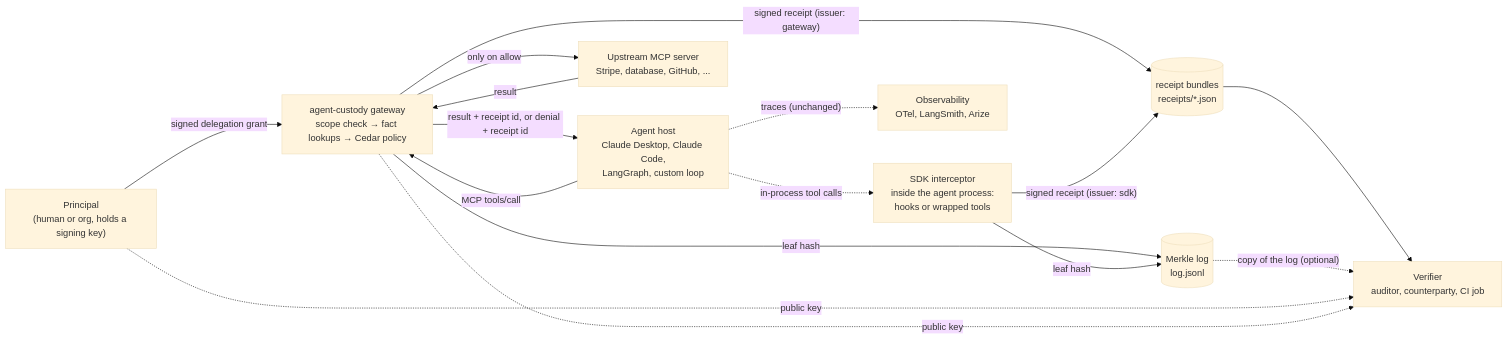
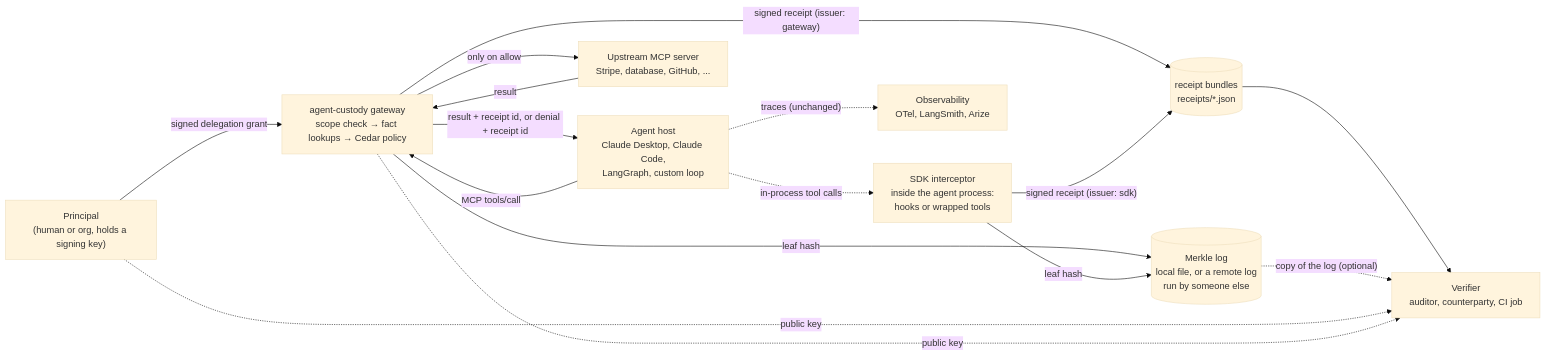
Before and after one commit to ch4r10t33r/agent-custody: the first of 3 diagrams in packages/receipts/README.md, drawn with Mermaid (base theme). The commit also changed other lines of this file and 24 other files, not shown here.

````diff
--- a/packages/receipts/README.md
+++ b/packages/receipts/README.md
@@ -51,28 +51,28 @@
 ```mermaid
 flowchart LR
     P["Principal<br/>(human or org, holds a signing key)"]
     A["Agent host<br/>Claude Desktop, Claude Code,<br/>LangGraph, custom loop"]
     S["SDK interceptor<br/>inside the agent process:<br/>hooks or wrapped tools"]
     G["agent-custody gateway<br/>scope check → fact lookups → Cedar policy"]
     U["Upstream MCP server<br/>Stripe, database, GitHub, ..."]
     R[("receipt bundles<br/>receipts/*.json")]
-    L[("Merkle log<br/>log.jsonl")]
+    L[("Merkle log<br/>local file, or a remote log<br/>run by someone else")]
     V["Verifier<br/>auditor, counterparty, CI job"]
     O["Observability<br/>OTel, LangSmith, Arize"]
 
     P -- "signed delegation grant" --> G
     A -- "MCP tools/call" --> G
     G -- "only on allow" --> U
     U -- "result" --> G
     G -- "result + receipt id, or denial + receipt id" --> A
     G -- "signed receipt (issuer: gateway)" --> R
     G -- "leaf hash" --> L
     A -. "in-process tool calls" .-> S
     S -- "signed receipt (issuer: sdk)" --> R
     S -- "leaf hash" --> L
     R --> V
     L -. "copy of the log (optional)" .-> V
     P -. "public key" .-> V
     G -. "public key" .-> V
     A -. "traces (unchanged)" .-> O
 ```
````
